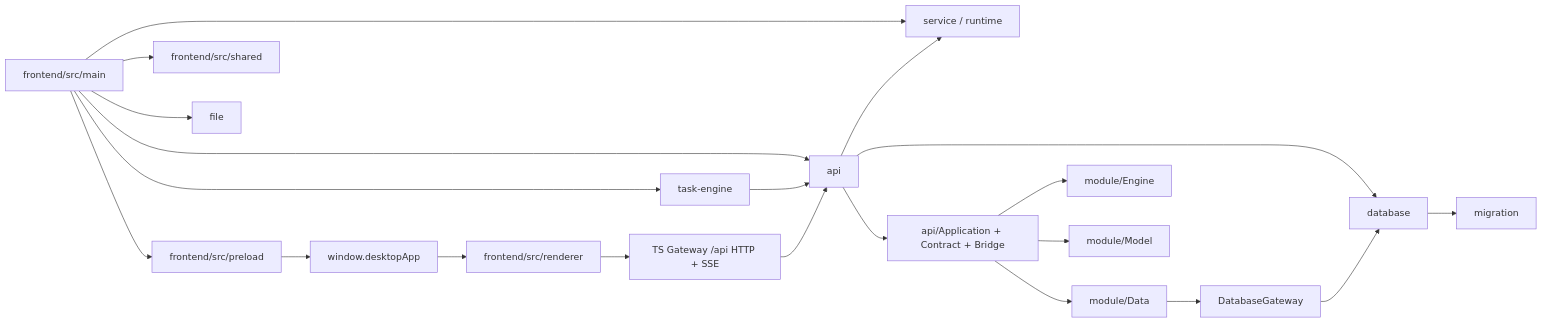
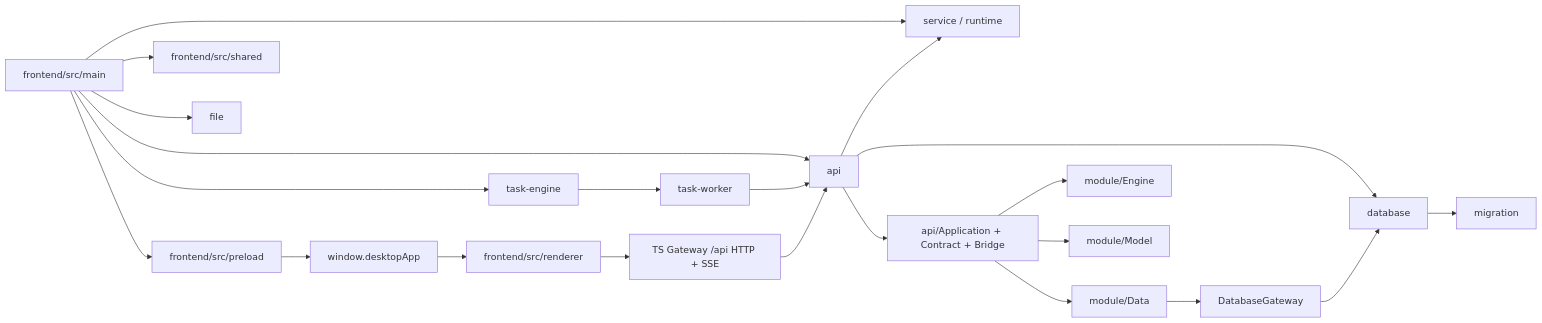
One commit to neavo/LinguaGacha changed the first of 3 diagrams in docs/ARCHITECTURE.md. Above: the diagram before and after it, drawn with Mermaid. The commit also changed other lines of this file and 102 other files, not shown here.

````diff
--- a/docs/ARCHITECTURE.md
+++ b/docs/ARCHITECTURE.md
@@ -8,23 +8,24 @@
 ```mermaid
 flowchart LR
     A["frontend/src/main"] --> O["api"]
     A --> P["service / runtime"]
     O --> P
     O --> M["database"]
     O --> G["api/Application + Contract + Bridge"]
     M --> N["migration"]
     A --> Q["task-engine"]
-    Q --> O
+    Q --> R["task-worker"]
+    R --> O
     A --> B["frontend/src/preload"]
     A --> C["frontend/src/shared"]
     B --> D["window.desktopApp"]
     D --> E["frontend/src/renderer"]
     E --> F["TS Gateway /api HTTP + SSE"]
     F --> O
     G --> H["module/Data"]
     G --> I["module/Engine"]
     G --> K["module/Model"]
     H --> L["DatabaseGateway"]
     L --> M
     A --> J["file"]
 ```
````
